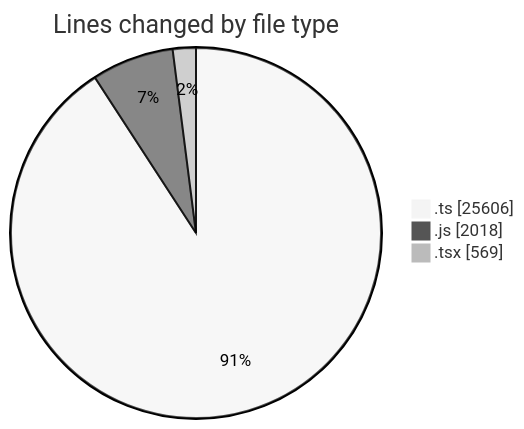
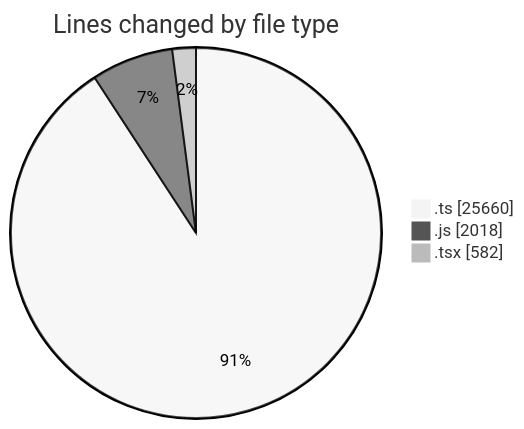
One commit to momahboobian/code-tracking changed the first of 2 diagrams in 2025-06-20/cda/README.md. Above: the diagram before and after it, drawn with Mermaid (neutral theme). The commit also changed other lines of this file and 1 other file, not shown here.

````diff
--- a/2025-06-20/cda/README.md
+++ b/2025-06-20/cda/README.md
@@ -41,7 +41,7 @@
 ```mermaid
 pie showData
 title Lines changed by file type
-".ts" : 25606
+".ts" : 25660
 ".js" : 2018
-".tsx" : 569
+".tsx" : 582
 ```
````
